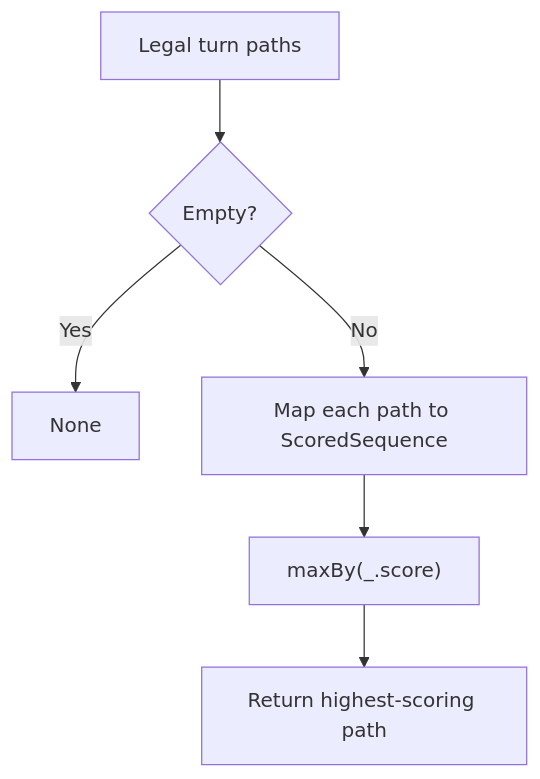
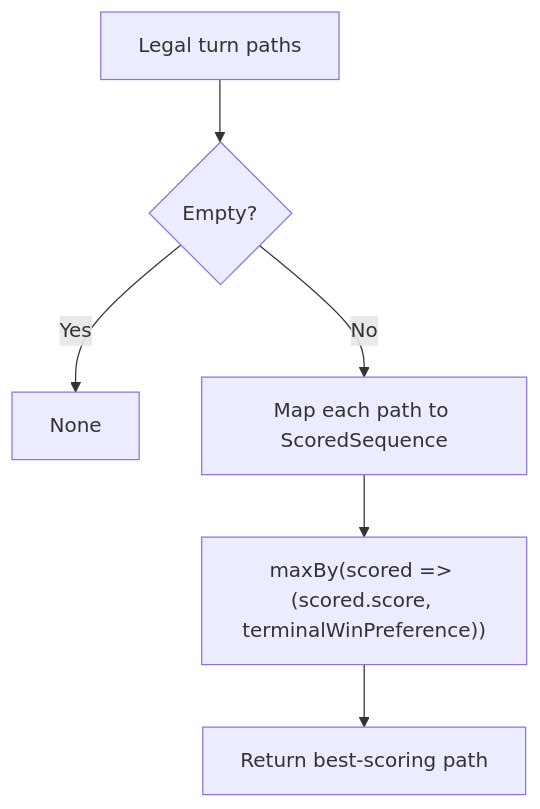
Before and after one commit to rabestro/dicechess-engine-scala: the fourth of 4 diagrams in docs/src/content/docs/architecture/primitive-search.md, drawn with Mermaid. The commit also changed other lines of this file, not shown here.

Commit message:
docs: document terminal king-capture scoring in primitive-search

````diff
--- a/docs/src/content/docs/architecture/primitive-search.md
+++ b/docs/src/content/docs/architecture/primitive-search.md
@@ -158,8 +163,8 @@
 ```mermaid
 flowchart TD
     A["Legal turn paths"] --> B{"Empty?"}
     B -- Yes --> C["None"]
     B -- No --> D["Map each path to ScoredSequence"]
-    D --> E["maxBy(_.score)"]
-    E --> F["Return highest-scoring path"]
+    D --> E["maxBy(scored => (scored.score, terminalWinPreference))"]
+    E --> F["Return best-scoring path"]
 ```
````
